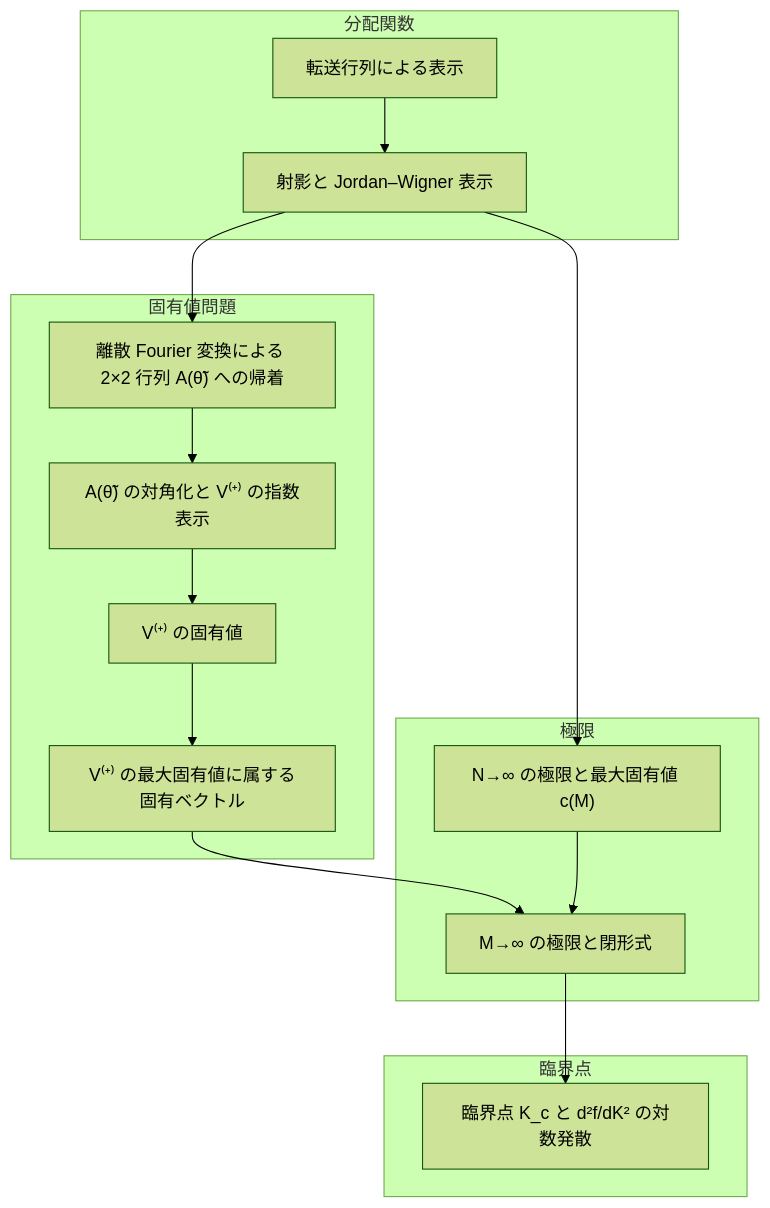
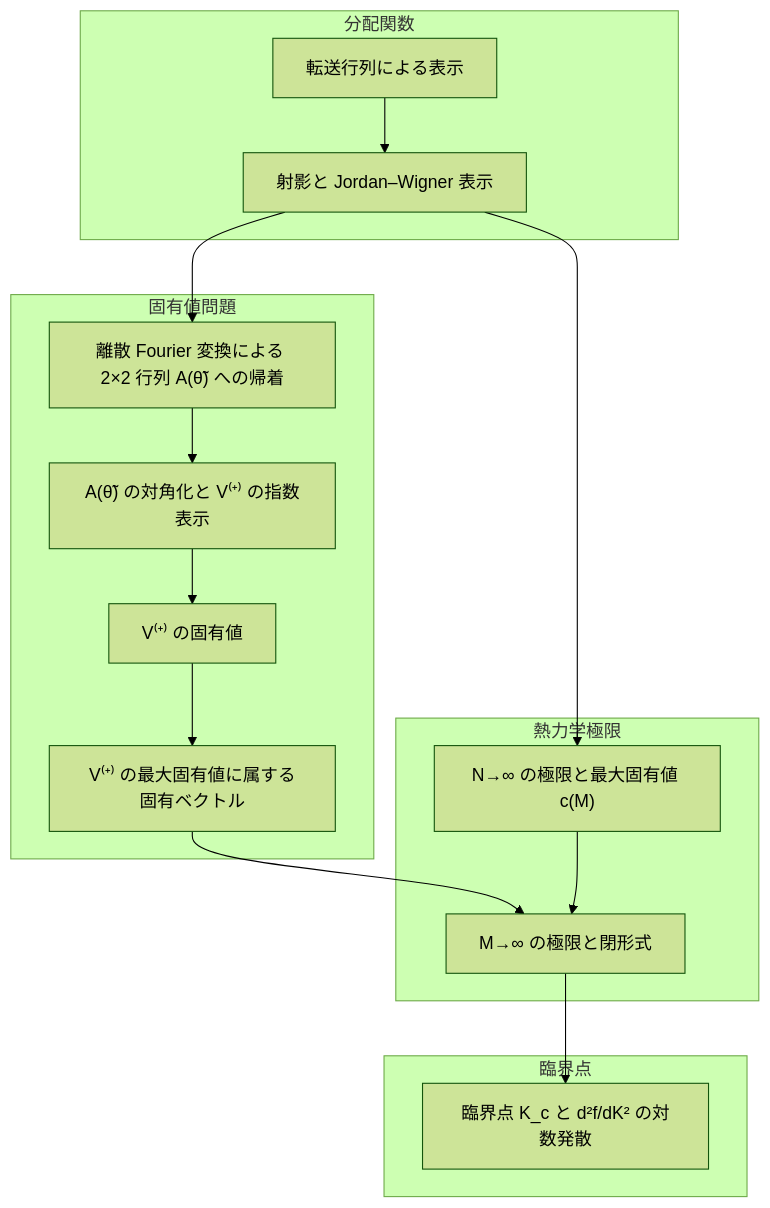
One commit to masaori/math changed the diagram in exact-solution-of-2d-ising-model/docs/tasks/six-chapter-organization-proposal.md. Above: the diagram before and after it, drawn with Mermaid (forest theme). The commit also changed other lines of this file and 1 other file, not shown here.

Commit message:
複素行列版論文: 章立て案の「極限」の部を「熱力学極限」に改める

````diff
--- a/exact-solution-of-2d-ising-model/docs/tasks/six-chapter-organization-proposal.md
+++ b/exact-solution-of-2d-ising-model/docs/tasks/six-chapter-organization-proposal.md
@@ -203,30 +203,30 @@
 ```mermaid
 flowchart TD
   subgraph partition["分配関数"]
     trace["転送行列による表示"]
     proj["射影と Jordan–Wigner 表示"]
   end
   subgraph eigenproblem["固有値問題"]
     fourier["離散 Fourier 変換による 2×2 行列 A(θ̃) への帰着"]
     diag["A(θ̃) の対角化と V⁽⁺⁾ の指数表示"]
     eig["V⁽⁺⁾ の固有値"]
     maxvec["V⁽⁺⁾ の最大固有値に属する固有ベクトル"]
   end
-  subgraph limits["極限"]
+  subgraph limits["熱力学極限"]
     rowlim["N→∞ の極限と最大固有値 c(M)"]
     collim["M→∞ の極限と閉形式"]
   end
   subgraph critical["臨界点"]
     crit["臨界点 K_c と d²f/dK² の対数発散"]
   end
 
   trace --> proj
   proj --> fourier
   fourier --> diag
   diag --> eig
   eig --> maxvec
   maxvec --> collim
   proj --> rowlim
   rowlim --> collim
   collim --> crit
 ```
````
